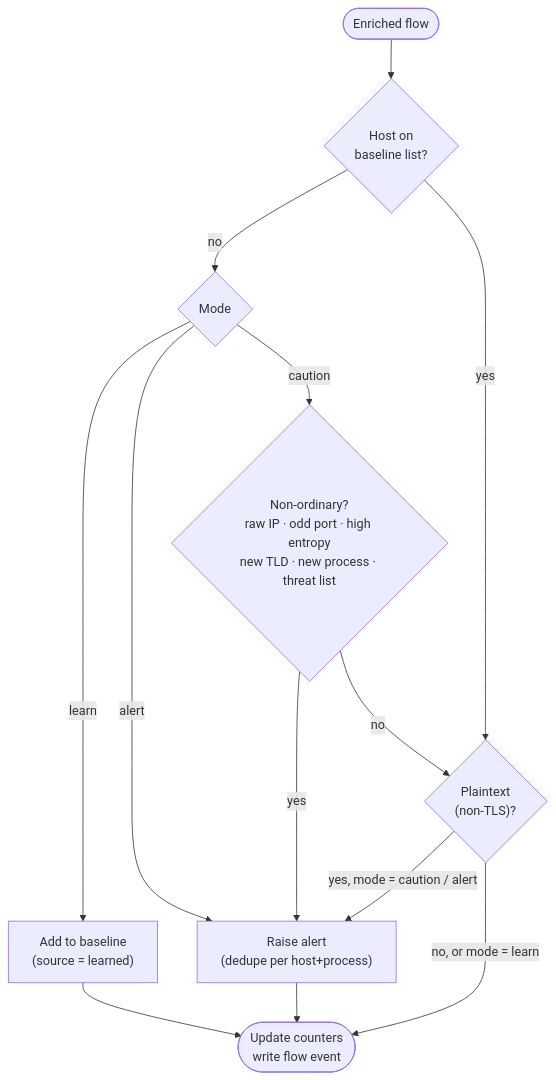
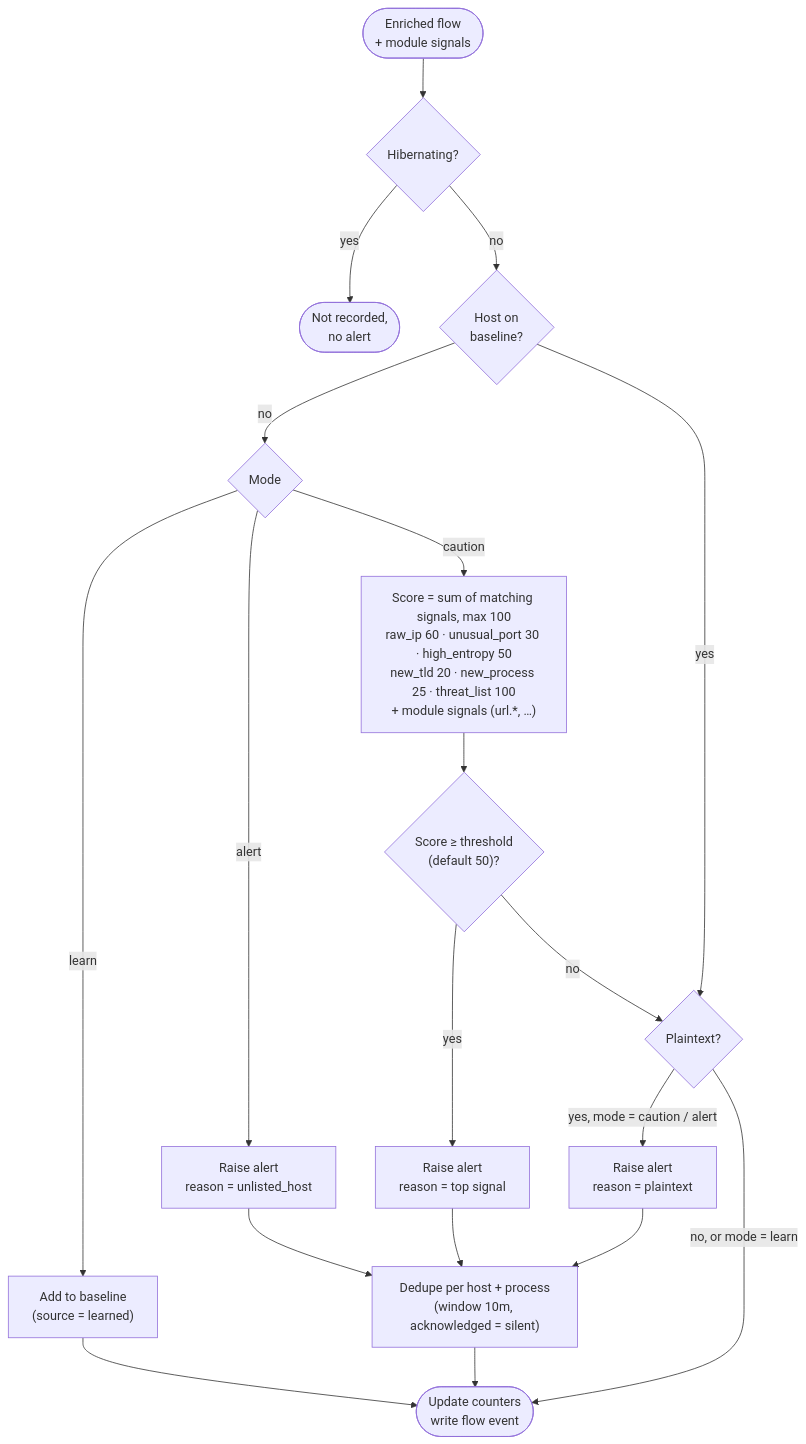
Before and after one commit to savex/scribe: the third of 8 diagrams in workfiles/diagram.md, drawn with Mermaid. The commit also changed other lines of this file and 3 other files, not shown here.

First line of the commit message:
Update diagrams and test approach after phase 1

````diff
--- a/workfiles/diagram.md
+++ b/workfiles/diagram.md
@@ -96,18 +132,21 @@
 ```mermaid
 flowchart TD
-    start(["Enriched flow"]) --> listed{"Host on<br/>baseline list?"}
+    start(["Enriched flow<br/>+ module signals"]) --> hib{"Hibernating?"}
+    hib -- yes --> drop(["Not recorded,<br/>no alert"])
+    hib -- no --> listed{"Host on<br/>baseline?"}
 
     listed -- no --> mode1{"Mode"}
     mode1 -- learn --> add["Add to baseline<br/>(source = learned)"] --> record
-    mode1 -- alert --> raise
-    mode1 -- caution --> score{"Non-ordinary?<br/>raw IP · odd port · high entropy<br/>new TLD · new process · threat list"}
-    score -- yes --> raise
-    score -- no --> plain
+    mode1 -- alert --> raise["Raise alert<br/>reason = unlisted_host"]
+    mode1 -- caution --> score["Score = sum of matching signals, max 100<br/>raw_ip 60 · unusual_port 30 · high_entropy 50<br/>new_tld 20 · new_process 25 · threat_list 100<br/>+ module signals (url.*, …)"]
+    score --> thr{"Score ≥ threshold<br/>(default 50)?"}
+    thr -- yes --> raise2["Raise alert<br/>reason = top signal"]
+    thr -- no --> plain
 
-    listed -- yes --> plain{"Plaintext<br/>(non-TLS)?"}
-    plain -- "yes, mode = caution / alert" --> raise
+    listed -- yes --> plain{"Plaintext?"}
+    plain -- "yes, mode = caution / alert" --> raise3["Raise alert<br/>reason = plaintext"]
     plain -- "no, or mode = learn" --> record
 
-    raise["Raise alert<br/>(dedupe per host+process)"] --> record
+    raise & raise2 & raise3 --> dedupe["Dedupe per host + process<br/>(window 10m, acknowledged = silent)"] --> record
     record(["Update counters<br/>write flow event"])
 ```
````
